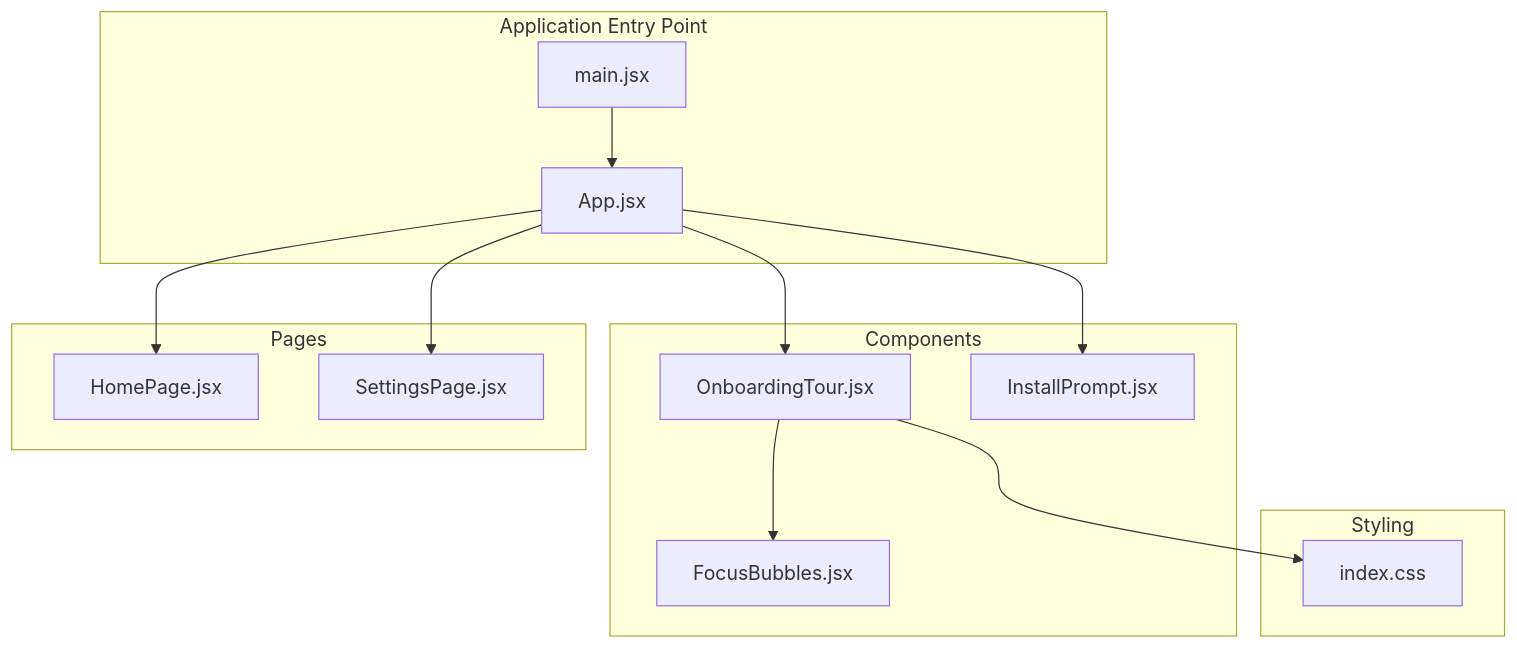
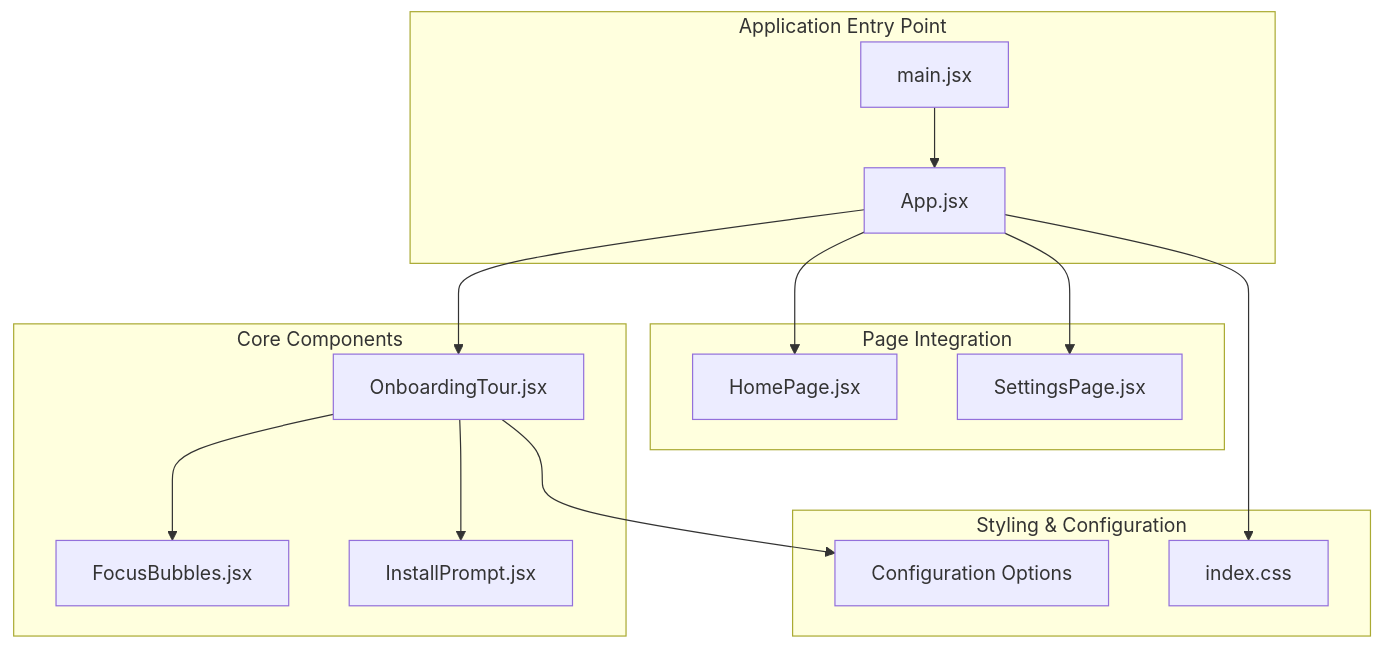
Before and after one commit to zmyeo54/briefroom: the first of 6 diagrams in .qoder/repowiki/en/content/Core Features/Onboarding Tour System.md, drawn with Mermaid. The commit also changed other lines of this file and 32 other files, not shown here.

First line of the commit message:
feat(ui): enhance index.html structure and improve onboarding experience

````diff
--- a/.qoder/repowiki/en/content/Core Features/Onboarding Tour System.md
+++ b/.qoder/repowiki/en/content/Core Features/Onboarding Tour System.md
@@ -38,26 +47,28 @@
 ```mermaid
 graph TB
 subgraph "Application Entry Point"
 Main[main.jsx]
 App[App.jsx]
 end
-subgraph "Components"
+subgraph "Core Components"
 OnboardingTour[OnboardingTour.jsx]
 FocusBubbles[FocusBubbles.jsx]
 InstallPrompt[InstallPrompt.jsx]
 end
-subgraph "Pages"
+subgraph "Page Integration"
 HomePage[HomePage.jsx]
 SettingsPage[SettingsPage.jsx]
 end
-subgraph "Styling"
+subgraph "Styling & Configuration"
 IndexCSS[index.css]
+Config[Configuration Options]
 end
 Main --> App
 App --> OnboardingTour
 App --> HomePage
 App --> SettingsPage
 OnboardingTour --> FocusBubbles
-App --> InstallPrompt
-OnboardingTour --> IndexCSS
+OnboardingTour --> InstallPrompt
+OnboardingTour --> Config
+App --> IndexCSS
 ```
````
